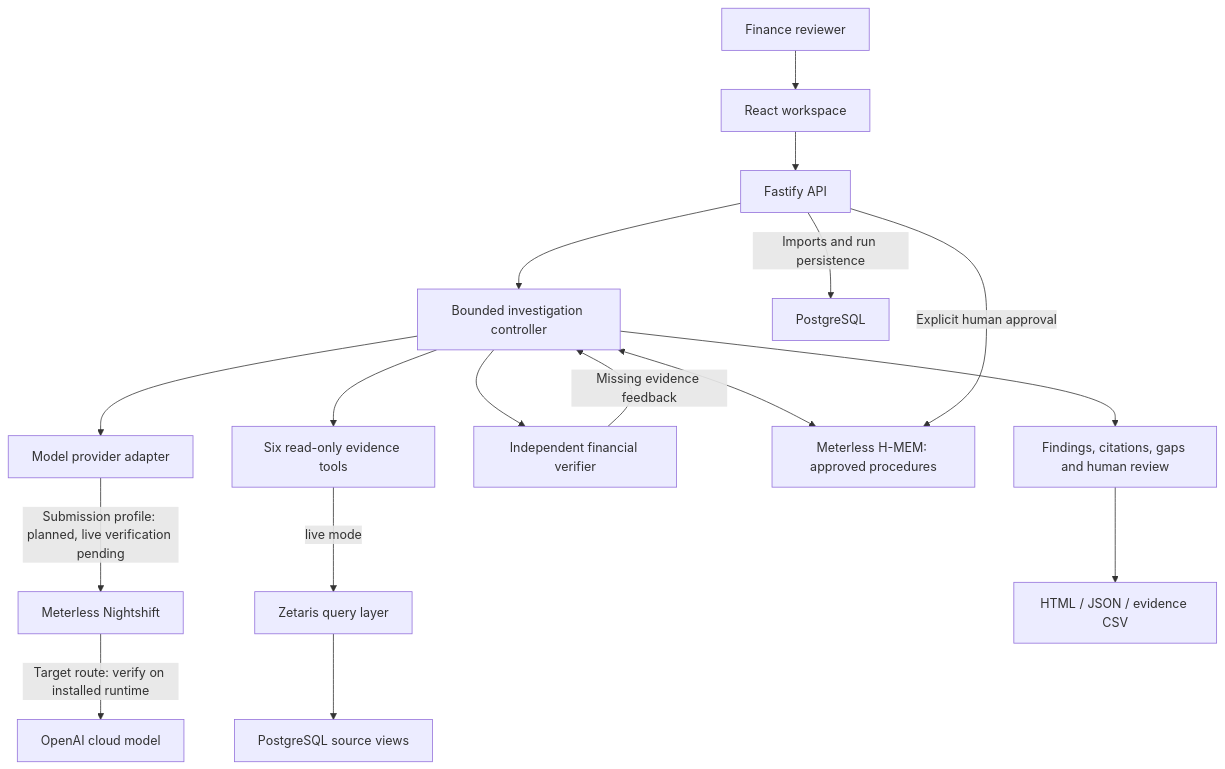
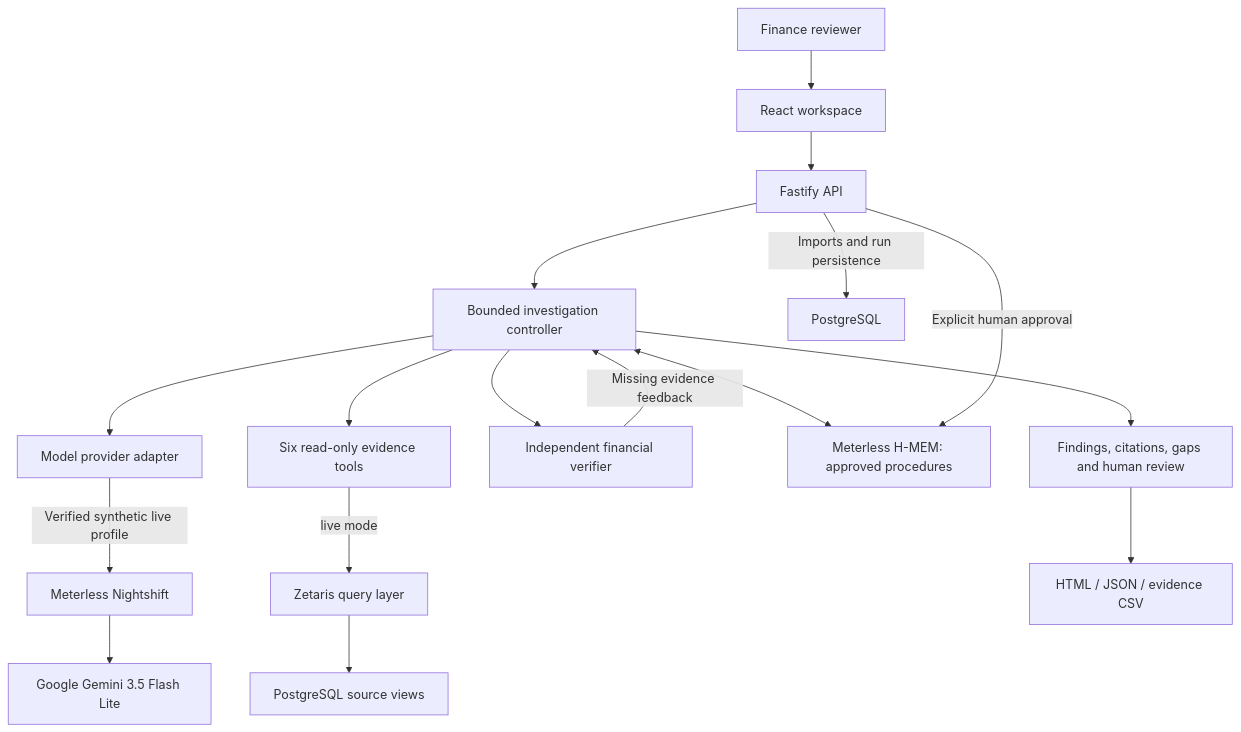
Before and after one commit to MohanZ0618/GenAI: the diagram in README.md, drawn with Mermaid. The commit also changed other lines of this file and 38 other files, not shown here.

Commit message:
Complete Nightshift live integration and Zetaris USL evidence

````diff
--- a/README.md
+++ b/README.md
@@ -33,19 +33,19 @@
 ```mermaid
 flowchart TD
     User[Finance reviewer] --> UI[React workspace]
     UI --> API[Fastify API]
     API --> Agent[Bounded investigation controller]
     Agent --> Planner[Model provider adapter]
-    Planner -->|Submission profile: planned, live verification pending| Nightshift[Meterless Nightshift]
-    Nightshift -->|Target route: verify on installed runtime| OpenAI[OpenAI cloud model]
+    Planner -->|Verified synthetic live profile| Nightshift[Meterless Nightshift]
+    Nightshift --> Google[Google Gemini 3.5 Flash Lite]
     Agent --> Tools[Six read-only evidence tools]
     Tools -->|live mode| Zetaris[Zetaris query layer]
     Zetaris --> Views[PostgreSQL source views]
     API -->|Imports and run persistence| PG[PostgreSQL]
     Agent --> Verifier[Independent financial verifier]
     Verifier -->|Missing evidence feedback| Agent
     Agent <--> Memory[Meterless H-MEM: approved procedures]
     API -->|Explicit human approval| Memory
     Agent --> Review[Findings, citations, gaps and human review]
     Review --> Export[HTML / JSON / evidence CSV]
 ```
````
